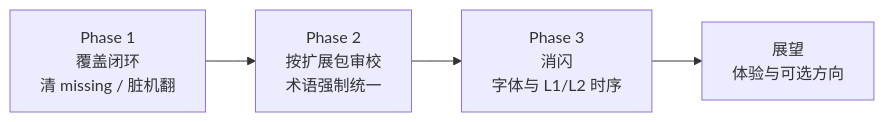
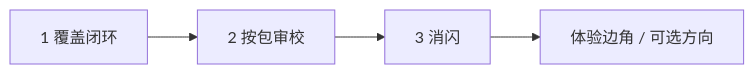
Before and after one commit to kyle-ip/ascension-zh-cn: the third of 3 diagrams in docs/blog-why-chinese.zh.md, drawn with Mermaid. The commit also changed other lines of this file and 1 other file, not shown here.

````diff
--- a/docs/blog-why-chinese.zh.md
+++ b/docs/blog-why-chinese.zh.md
@@ -160,6 +102,6 @@
 ```mermaid
 flowchart LR
-  P1["Phase 1<br/>覆盖闭环<br/>清 missing / 脏机翻"] --> P2["Phase 2<br/>按扩展包审校<br/>术语强制统一"]
-  P2 --> P3["Phase 3<br/>消闪<br/>字体与 L1/L2 时序"]
-  P3 --> More["展望<br/>体验与可选方向"]
+  P1["1 覆盖闭环"] --> P2["2 按包审校"]
+  P2 --> P3["3 消闪"]
+  P3 --> Far["体验边角 / 可选方向"]
 ```
````
